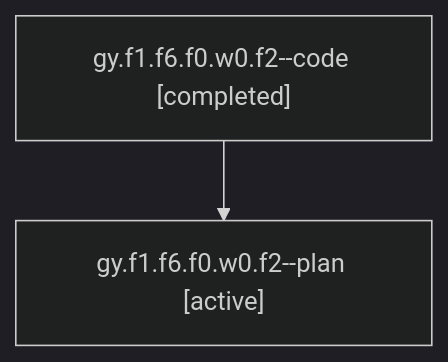
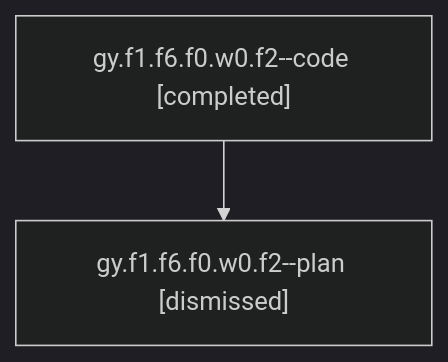
One commit to sase-org/sase--agents changed the diagram in sessions/bbugyi200.athena.gy.f1.f6.f0.w0.f2.md. Above: the diagram before and after it, drawn with Mermaid (dark theme). The commit also changed other lines of this file and 74 other files, not shown here.

````diff
--- a/sessions/bbugyi200.athena.gy.f1.f6.f0.w0.f2.md
+++ b/sessions/bbugyi200.athena.gy.f1.f6.f0.w0.f2.md
@@ -9,6 +9,6 @@
 ```mermaid
 flowchart TD
   n0["gy.f1.f6.f0.w0.f2--code [completed]"]
-  n1["gy.f1.f6.f0.w0.f2--plan [active]"]
+  n1["gy.f1.f6.f0.w0.f2--plan [dismissed]"]
   n0 --> n1
 ```
````
